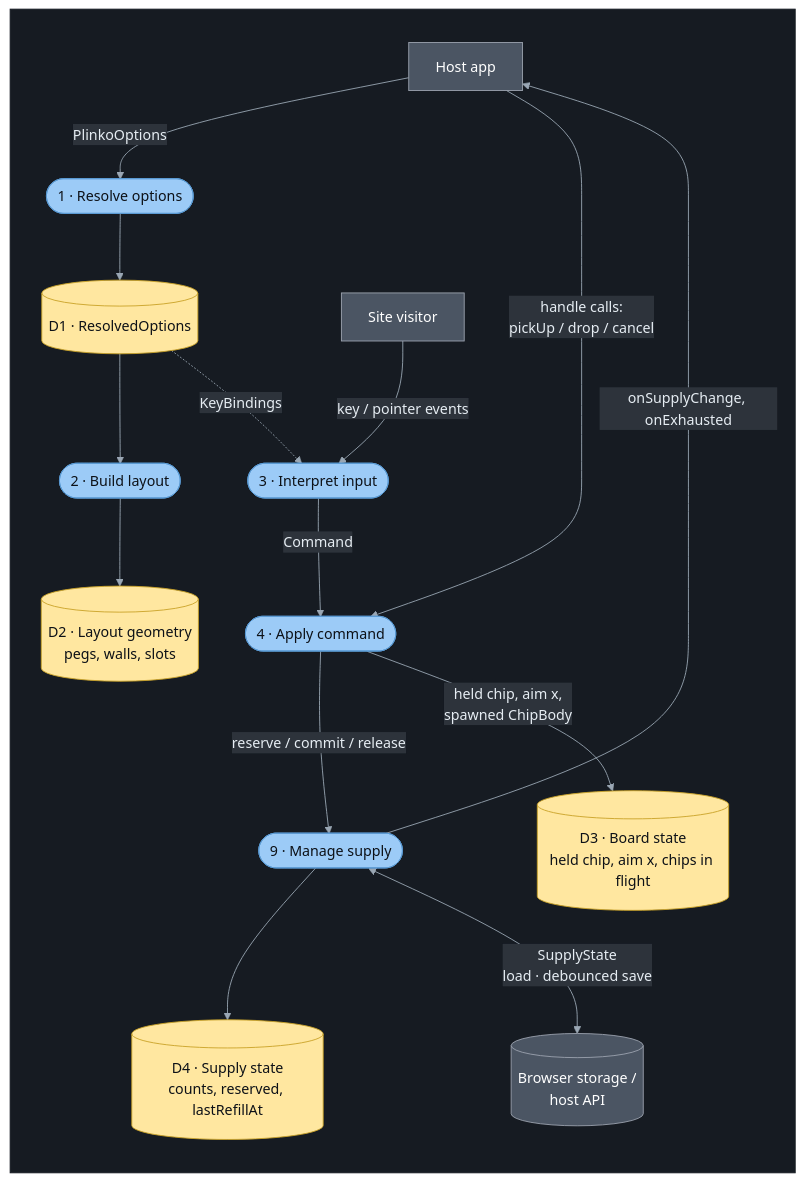
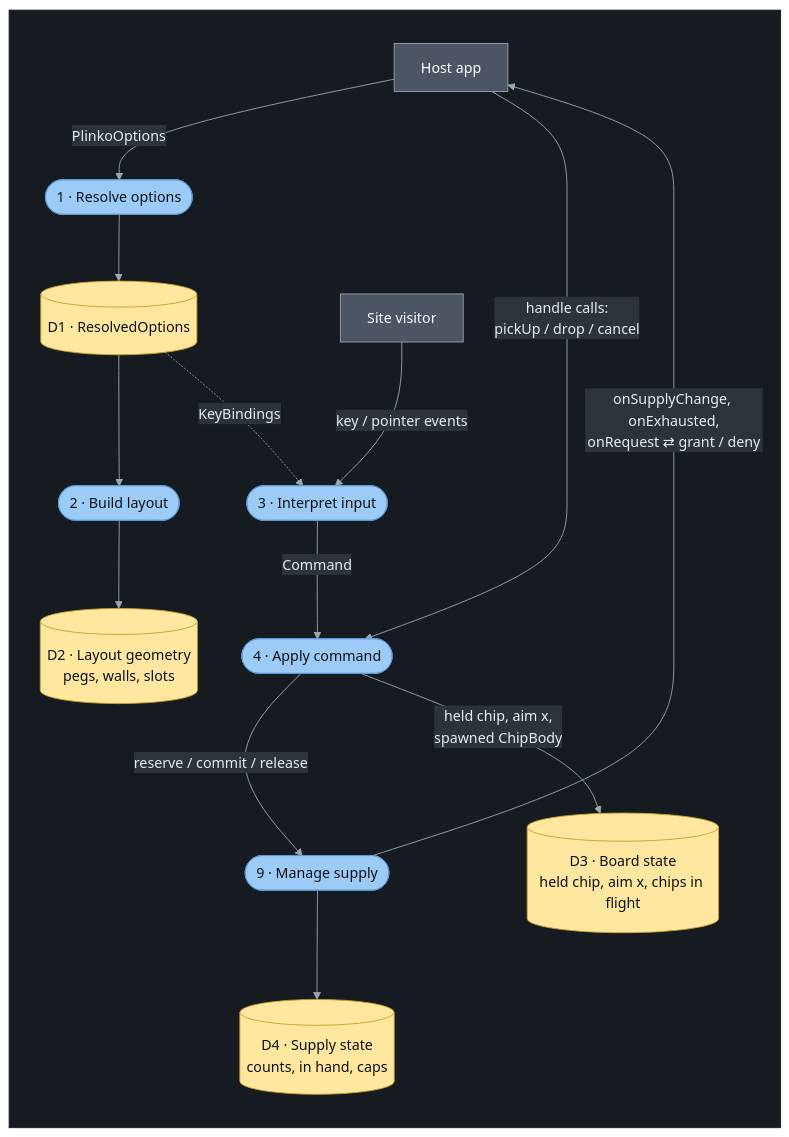
The fourth of 10 diagrams in docs/ARCHITECTURE.md (alanbickel/plinko-config), drawn with Mermaid before and after one commit. The commit also changed other lines of this file and 24 other files, not shown here.

Commit message:
Add in-memory chip supply: counts, refill policies, requests, and exhaustion lock; drop persistence from the design

````diff
--- a/docs/ARCHITECTURE.md
+++ b/docs/ARCHITECTURE.md
@@ -225,45 +219,43 @@
 ```mermaid
 %%{init: {"theme":"base","themeVariables":{"lineColor":"#9aa7b4","textColor":"#e6edf3","primaryTextColor":"#e6edf3","edgeLabelBackground":"#2d333b","clusterBkg":"#161b22","clusterBorder":"#30363d","titleColor":"#e6edf3"}}}%%
 flowchart TB
     subgraph canvas[" "]
         direction TB
 
 
         H["Host app"]:::external
         U["Site visitor"]:::external
-        S[("Browser storage /<br/>host API")]:::external
 
         P1(["1 · Resolve options"]):::proc
         P2(["2 · Build layout"]):::proc
         P3(["3 · Interpret input"]):::proc
         P4(["4 · Apply command"]):::proc
         P9(["9 · Manage supply"]):::proc
 
         D1[("D1 · ResolvedOptions")]:::store
         D2[("D2 · Layout geometry<br/>pegs, walls, slots")]:::store
         D3[("D3 · Board state<br/>held chip, aim x, chips in flight")]:::store
-        D4[("D4 · Supply state<br/>counts, reserved, lastRefillAt")]:::store
+        D4[("D4 · Supply state<br/>counts, in hand, caps")]:::store
 
         H -- "PlinkoOptions" --> P1
         P1 --> D1
         D1 --> P2
         P2 --> D2
 
         U -- "key / pointer events" --> P3
         D1 -. "KeyBindings" .-> P3
         P3 -- "Command" --> P4
         H -- "handle calls:<br/>pickUp / drop / cancel" --> P4
 
         P4 -- "reserve / commit / release" --> P9
         P9 --> D4
-        P9 <-- "SupplyState<br/>load · debounced save" --> S
-        P9 -- "onSupplyChange, onExhausted" --> H
+        P9 -- "onSupplyChange, onExhausted,<br/>onRequest ⇄ grant / deny" --> H
 
         P4 -- "held chip, aim x,<br/>spawned ChipBody" --> D3
     end
 
     classDef proc fill:#9ccbf7,stroke:#5b9bd5,color:#0d1117
     classDef store fill:#ffe7a0,stroke:#c9a227,color:#0d1117
     classDef external fill:#4b5563,stroke:#9ca3af,color:#ffffff
     style canvas fill:#161b22,stroke:#161b22
 ```
````
